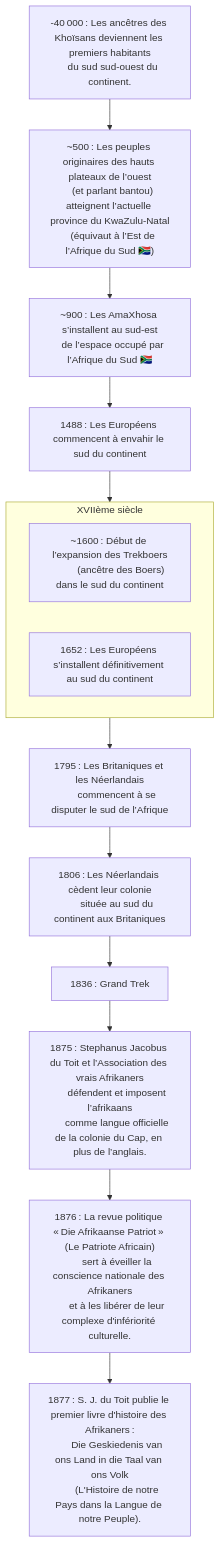
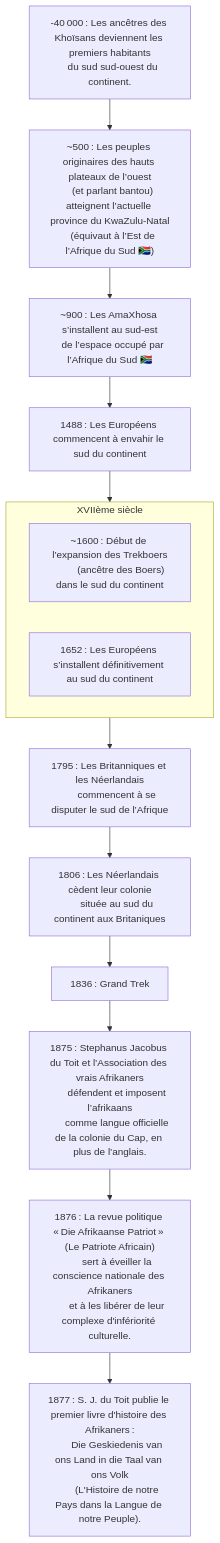
The diagram in en-cours/langue/afrique/sud/afrikaans.md (ba-moun/Ba-Moun-Save), drawn with Mermaid before and after one commit. The commit also changed other lines of this file, not shown here.

Commit message:
docs: update en-cours/langue/afrique/sud/afrikaans

````diff
--- a/en-cours/langue/afrique/sud/afrikaans.md
+++ b/en-cours/langue/afrique/sud/afrikaans.md
@@ -34,45 +34,45 @@
 ```mermaid
 flowchart TB
    khoisanArrive["-40 000 : Les ancêtres des Khoïsans deviennent les premiers habitants
    du sud sud-ouest du continent."]
    
    grassland["~500 : Les peuples originaires des hauts plateaux de l’ouest
    (et parlant bantou) atteignent l’actuelle province du KwaZulu-Natal
    (équivaut à l’Est de l’Afrique du Sud 🇿🇦)"]
    
    amaXhosa["~900 : Les AmaXhosa s’installent au sud-est
    de l’espace occupé par l’Afrique du Sud 🇿🇦"]
    
    europeanInvasion["1488 : Les Européens commencent à envahir le sud du continent"]
    
    subgraph 17thCentury["XVIIème siècle"]
       boersExpantion["~1600 : Début de l’expansion des Trekboers
          (ancêtre des Boers) dans le sud du continent"]
       
       europeanInvasionNextStep["1652 : Les Européens s’installent définitivement au sud du continent"]
    end
    
-   europeanFightInSouthAfricaBegin["1795 : Les Britaniques et les Néerlandais
+   europeanFightInSouthAfricaBegin["1795 : Les Britanniques et les Néerlandais
       commencent à se disputer le sud de l’Afrique"]
    
    europeanFightInSouthAfricaEnd["1806 : Les Néerlandais cèdent leur colonie
       située au sud du continent aux Britaniques"]
    
    grandTrek["1836 : Grand Trek"]
    
    imposeAfrikaans["1875 : Stephanus Jacobus du Toit et l’Association des vrais Afrikaners
       défendent et imposent l’afrikaans
       comme langue officielle de la colonie du Cap, en plus de l’anglais."]
    
    afrikaansLanguageNID["1876 : La revue politique « Die Afrikaanse Patriot » (Le Patriote Africain)
       sert à éveiller la conscience nationale des Afrikaners
       et à les libérer de leur complexe d'infériorité culturelle."]
    
    afrikanersHistoryBook["1877 : S. J. du Toit publie le premier livre d'histoire des Afrikaners :
       Die Geskiedenis van ons Land in die Taal van ons Volk
       (L'Histoire de notre Pays dans la Langue de notre Peuple)."]
       
    khoisanArrive --> grassland --> amaXhosa --> europeanInvasion --> 17thCentury --> europeanFightInSouthAfricaBegin -->
    europeanFightInSouthAfricaEnd --> grandTrek --> imposeAfrikaans --> afrikaansLanguageNID --> afrikanersHistoryBook
    
 ```
````
